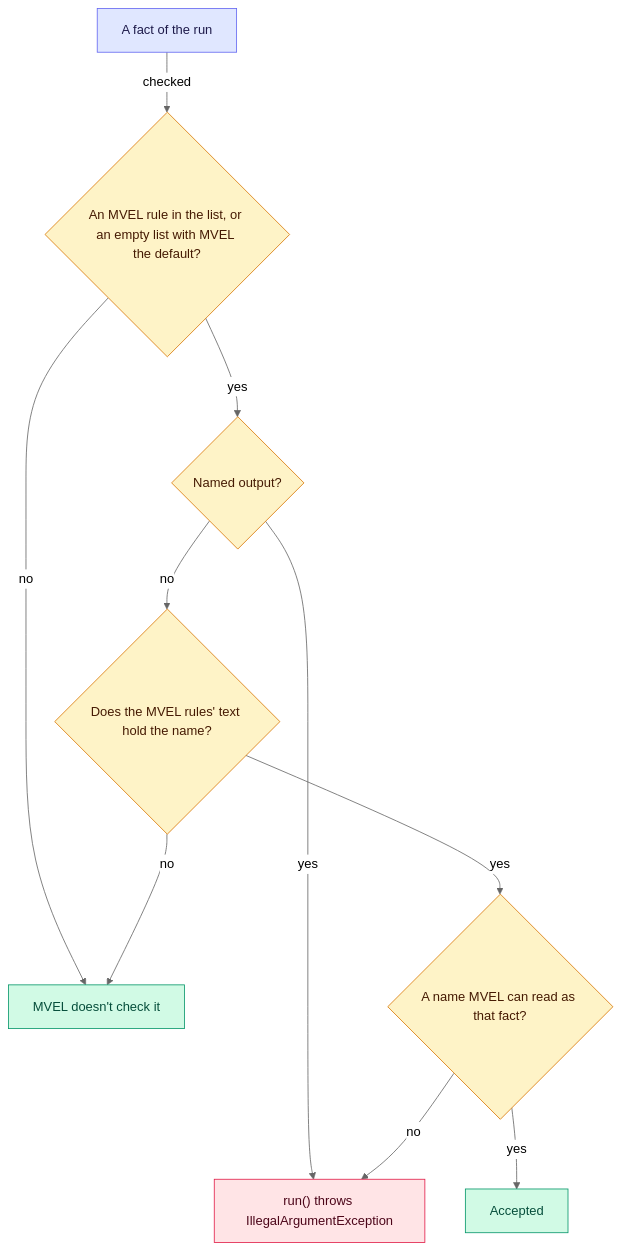
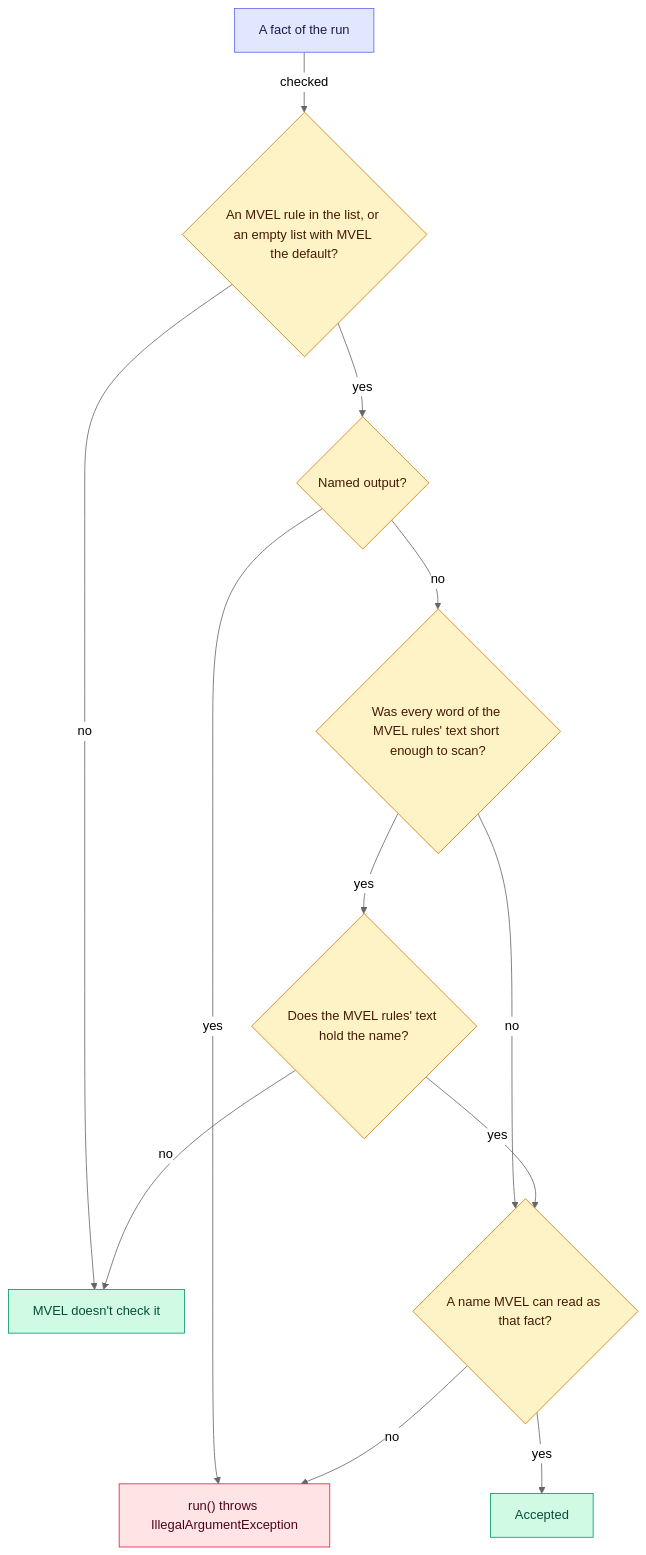
The diagram in docs/languages/mvel-fact-names.md (brantunger/unruly-engine), drawn with Mermaid (neutral theme) before and after one commit. The commit also changed other lines of this file and 12 other files, not shown here.

Commit message:
fix: check the fact names MVEL reads across a word's punctuation, such as my-fact in my-fact-1 and a.b in a.b--, and check every fact when a word is too long to scan (#1106)

````diff
--- a/docs/languages/mvel-fact-names.md
+++ b/docs/languages/mvel-fact-names.md
@@ -32,20 +33,22 @@
 ```mermaid
 flowchart TD
     A["A fact of the run"] -- "checked" --> B{"An MVEL rule in the list, or an empty list with MVEL the default?"}
     B -- "no" --> C["MVEL doesn't check it"]
     B -- "yes" --> D{"Named output?"}
     D -- "yes" --> E["run() throws IllegalArgumentException"]
-    D -- "no" --> F{"Does the MVEL rules' text hold the name?"}
+    D -- "no" --> S{"Was every word of the MVEL rules' text short enough to scan?"}
+    S -- "yes" --> F{"Does the MVEL rules' text hold the name?"}
+    S -- "no" --> G
     F -- "no" --> C
     F -- "yes" --> G{"A name MVEL can read as that fact?"}
     G -- "yes" --> H["Accepted"]
     G -- "no" --> E
     class A step
-    class B,D,F,G decision
+    class B,D,S,F,G decision
     class C,H ok
     class E fail
     classDef step     fill:#e0e7ff,stroke:#6366f1,color:#1e1b4b
     classDef decision fill:#fef3c7,stroke:#d97706,color:#451a03
     classDef ok       fill:#d1fae5,stroke:#059669,color:#064e3b
     classDef fail     fill:#ffe4e6,stroke:#e11d48,color:#4c0519
 ```
````
